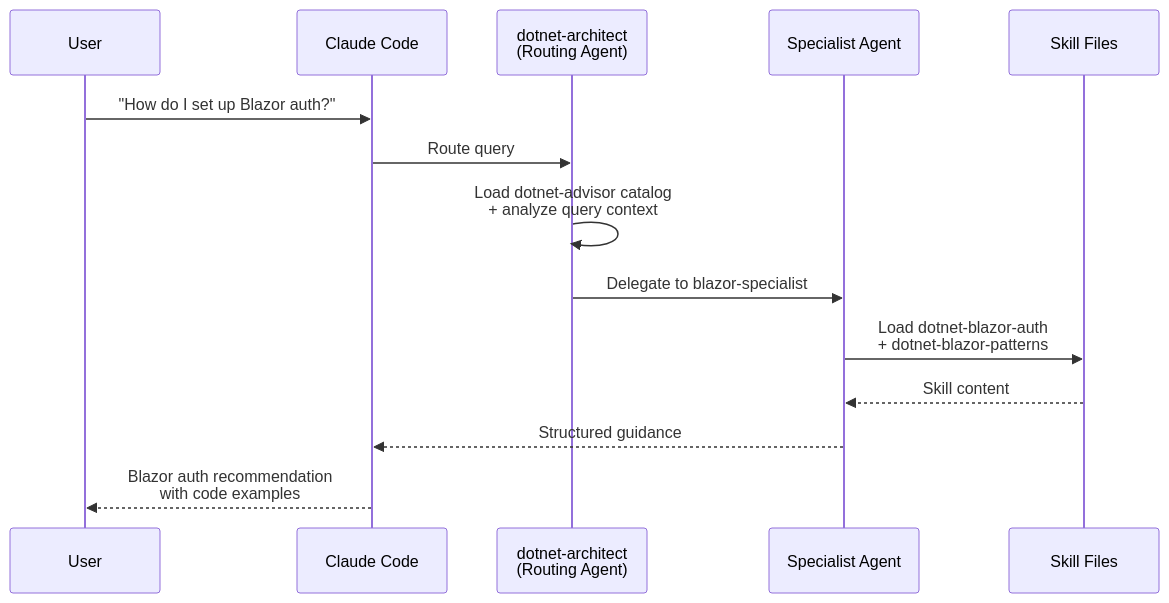
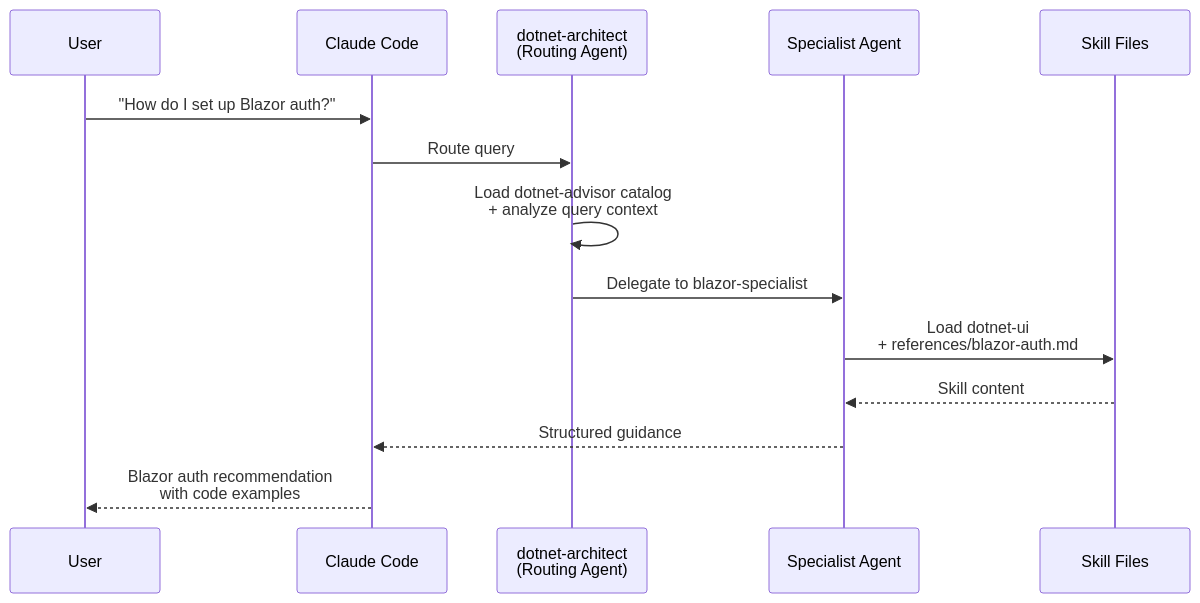
The second of 2 diagrams in README.md (novotnyllc/dotnet-marketplace), drawn with Mermaid before and after one commit. The commit also changed other lines of this file and 433 other files, not shown here.

````diff
--- a/README.md
+++ b/README.md
@@ -186,17 +163,17 @@
 ```mermaid
 sequenceDiagram
     participant User
     participant Claude as Claude Code
     participant Router as dotnet-architect<br/>(Routing Agent)
     participant Specialist as Specialist Agent
     participant Skills as Skill Files
 
     User->>Claude: "How do I set up Blazor auth?"
     Claude->>Router: Route query
     Router->>Router: Load dotnet-advisor catalog<br/>+ analyze query context
     Router->>Specialist: Delegate to blazor-specialist
-    Specialist->>Skills: Load dotnet-blazor-auth<br/>+ dotnet-blazor-patterns
+    Specialist->>Skills: Load dotnet-ui<br/>+ references/blazor-auth.md
     Skills-->>Specialist: Skill content
     Specialist-->>Claude: Structured guidance
     Claude-->>User: Blazor auth recommendation<br/>with code examples
 ```
````
